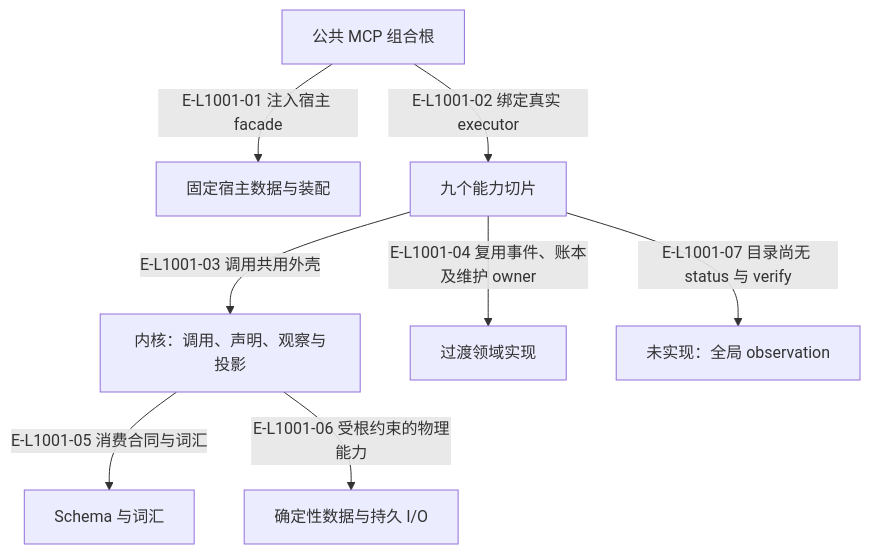
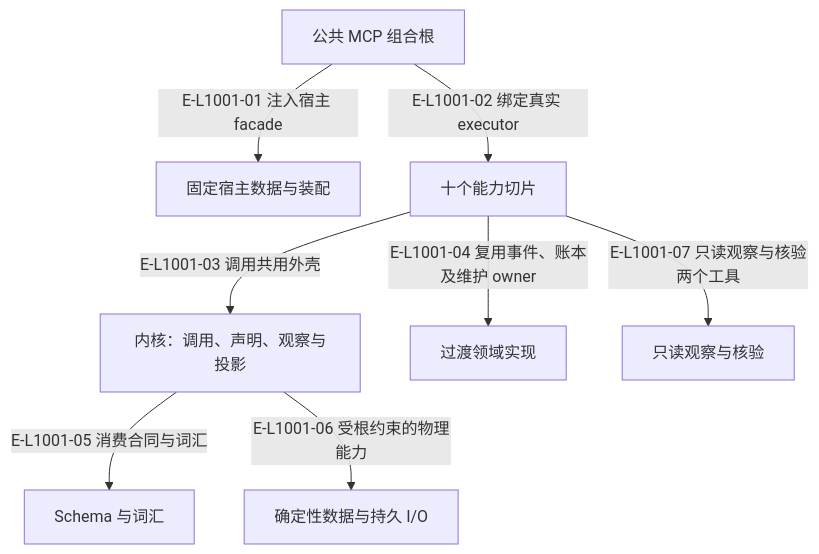
Before and after one commit to GxFn/Wakeflow: the diagram in wakeflow-architecture-atlas/maps/01-overall-architecture/README.md, drawn with Mermaid. The commit also changed other lines of this file and 61 other files, not shown here.

````diff
--- a/wakeflow-architecture-atlas/maps/01-overall-architecture/README.md
+++ b/wakeflow-architecture-atlas/maps/01-overall-architecture/README.md
@@ -204,20 +205,20 @@
 ```mermaid
 flowchart TB
   accTitle: 六层职责与当前过渡实现
   accDescr: 六层职责与当前过渡实现；箭头区分当前代码步骤、返回事实与明确的条件。
   entry["公共 MCP 组合根"]
   hosts["固定宿主数据与装配"]
-  caps["九个能力切片"]
+  caps["十个能力切片"]
   kernel["内核：调用、声明、观察与投影"]
   contracts["Schema 与词汇"]
   foundation["确定性数据与持久 I/O"]
   legacy["过渡领域实现"]
-  stop["未实现：全局 observation"]
+  observation["只读观察与核验"]
   entry -->|"E-L1001-01 注入宿主 facade"| hosts
   entry -->|"E-L1001-02 绑定真实 executor"| caps
   caps -->|"E-L1001-03 调用共用外壳"| kernel
   caps -->|"E-L1001-04 复用事件、账本及维护 owner"| legacy
   kernel -->|"E-L1001-05 消费合同与词汇"| contracts
   kernel -->|"E-L1001-06 受根约束的物理能力"| foundation
-  caps -->|"E-L1001-07 目录尚无 status 与 verify"| stop
+  caps -->|"E-L1001-07 只读观察与核验两个工具"| observation
 ```
````
